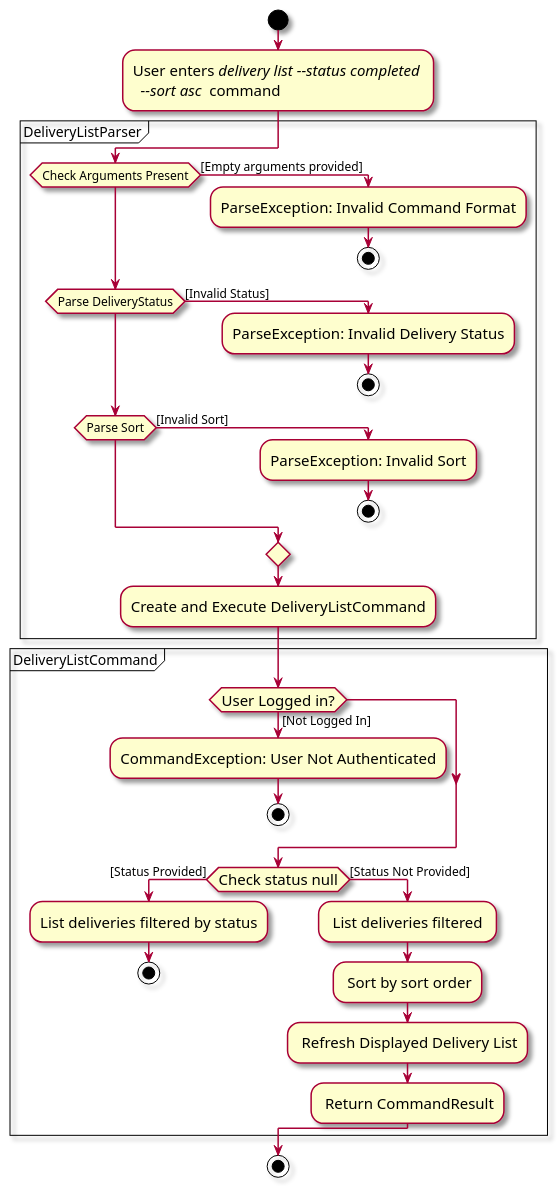
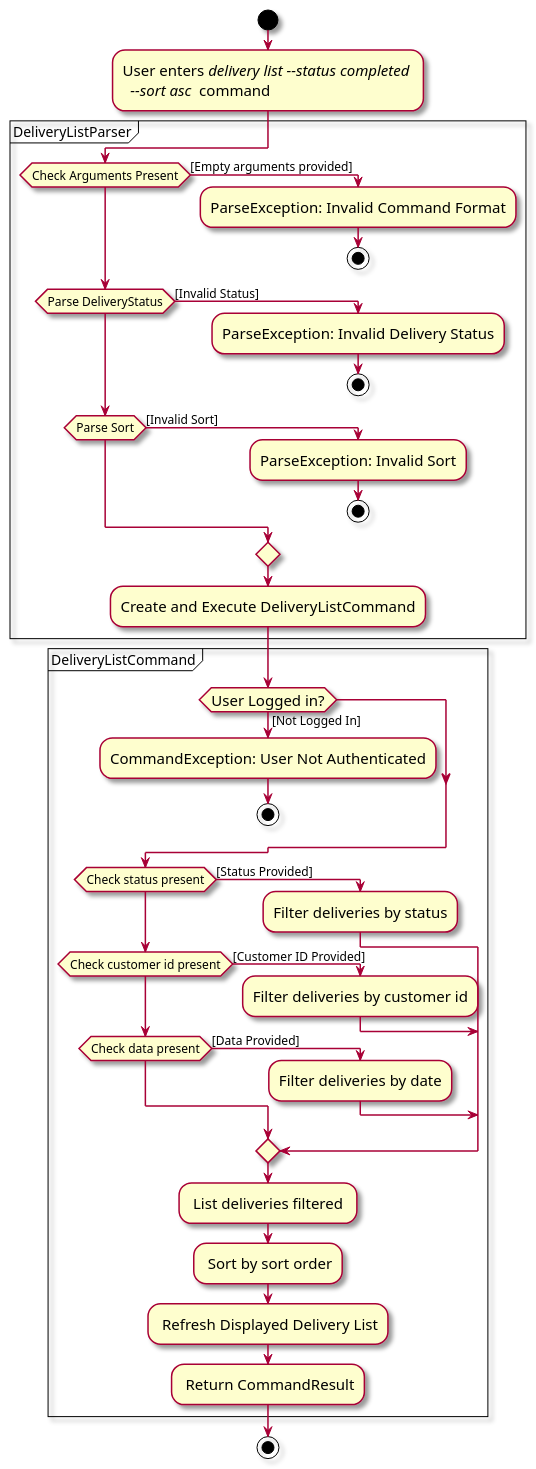
One commit to zhonghan721/tp changed the diagram in docs/diagrams/implementation/delivery/DeliveryListActivityDiagram.puml. Above: the diagram before and after it, drawn with PlantUML. The commit also changed 2 other files, not shown here.

```diff
--- a/docs/diagrams/implementation/delivery/DeliveryListActivityDiagram.puml
+++ b/docs/diagrams/implementation/delivery/DeliveryListActivityDiagram.puml
@@ -1,41 +1,44 @@
 @startuml
 skin rose
 skinparam ActivityFontSize 15
 skinparam ArrowFontSize 12
 
 !pragma useVerticalIf on
 start
 :User enters <i>delivery list --status completed \n <i> --sort asc </i> command;
 partition DeliveryListParser {
     if (Check Arguments Present) then ([Empty arguments provided])
         :ParseException: Invalid Command Format;
         stop
     elseif (Parse DeliveryStatus) then ([Invalid Status])
         :ParseException: Invalid Delivery Status;
         stop
     elseif (Parse Sort) then ([Invalid Sort])
         :ParseException: Invalid Sort;
         stop
     endif
     :Create and Execute DeliveryListCommand;
 }
 
 partition DeliveryListCommand {
     if (User Logged in?) then ([Not Logged In])
         :CommandException: User Not Authenticated;
         stop
     endif
-    if (Check status null) then ([Status Provided])
-        :List deliveries filtered by status;
-        stop
-    else ([Status Not Provided])
+
+    if (Check status present) then ([Status Provided])
+        :Filter deliveries by status;
+    elseif (Check customer id present) then ([Customer ID Provided])
+        :Filter deliveries by customer id;
+    elseif (Check data present) then ([Data Provided])
+        :Filter deliveries by date;
+    endif
         : List deliveries filtered ;
         : Sort by sort order;
         : Refresh Displayed Delivery List;
         : Return CommandResult;
-    endif
 }
 
 stop
 
 @enduml
```
